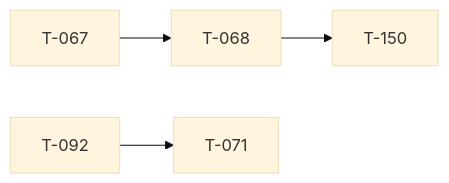
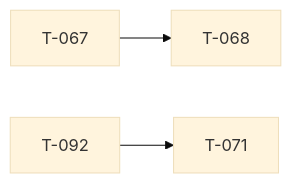
One commit to darkforce09/TBD-reforger changed the diagram in docs/TICKET_LEAD.md. Above: the diagram before and after it, drawn with Mermaid (base theme). The commit also changed other lines of this file and 11 other files, not shown here.

````diff
--- a/docs/TICKET_LEAD.md
+++ b/docs/TICKET_LEAD.md
@@ -31,6 +30,5 @@
 ```mermaid
 flowchart LR
   T067[T-067] --> T068[T-068]
   T092[T-092] --> T071[T-071]
-  T068[T-068] --> T150[T-150]
 ```
````
